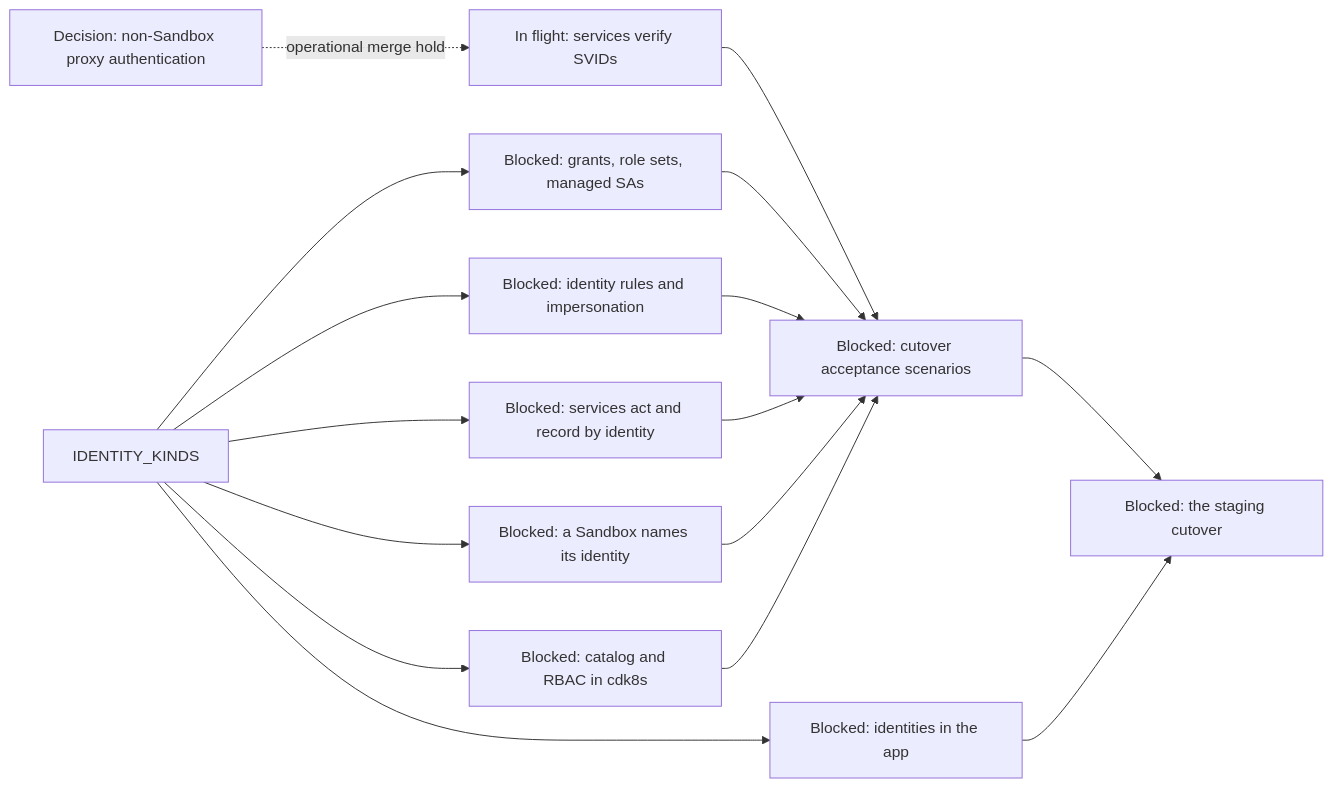
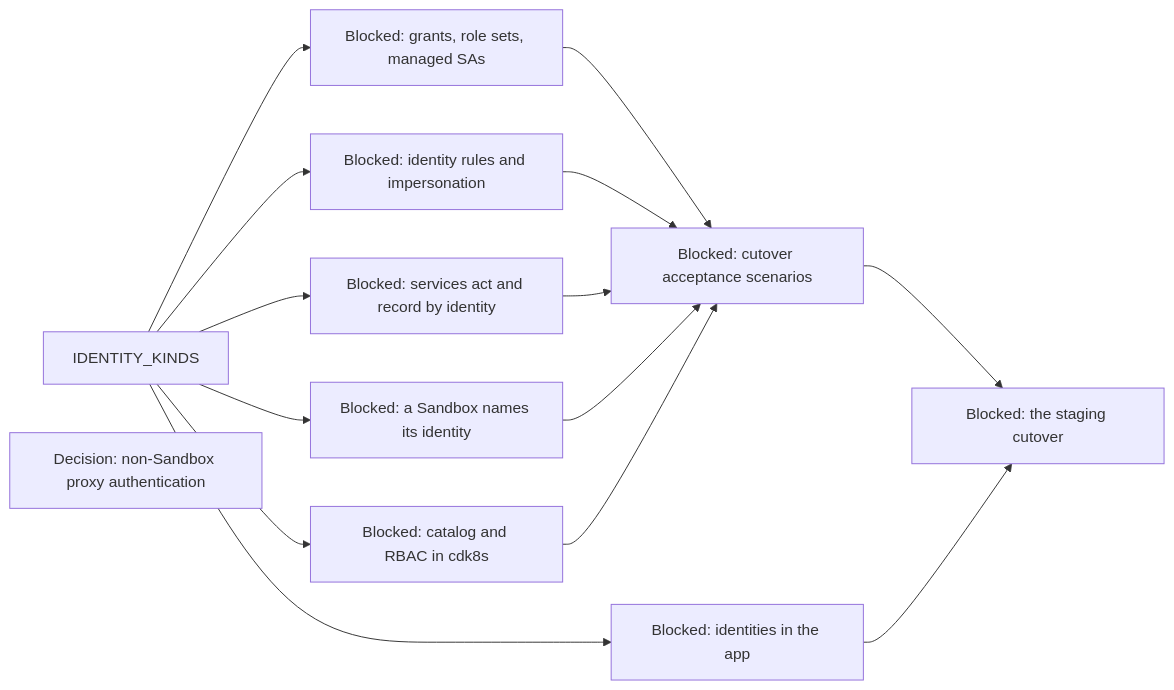
Before and after one commit to agentydragon/ducktape: diagram 16 of 18 in agentplane/plans/task_dag.md, drawn with Mermaid. The commit also changed other lines of this file and 2 other files, not shown here.

Commit message:
Record accepted SVID service boundaries and retain the staging hold

````diff
--- a/agentplane/plans/task_dag.md
+++ b/agentplane/plans/task_dag.md
@@ -2960,19 +2962,17 @@
 ```mermaid
 flowchart LR
     IDENTITY_KINDS --> POLICY_GRANTS[Blocked: grants, role sets, managed SAs]
     IDENTITY_KINDS --> EGRESS_IDENTITY_RULES[Blocked: identity rules and impersonation]
     IDENTITY_KINDS --> SERVICES_IDENTITY_PRINCIPAL[Blocked: services act and record by identity]
     IDENTITY_KINDS --> SANDBOX_IDENTITY_SPEC[Blocked: a Sandbox names its identity]
     IDENTITY_KINDS --> IDENTITY_CATALOG[Blocked: catalog and RBAC in cdk8s]
     IDENTITY_KINDS --> APP_IDENTITIES_UI[Blocked: identities in the app]
-    SVID_PLATFORM_ROUTES[In flight: services verify SVIDs]
-    NON_SANDBOX_PROXY_AUTH[Decision: non-Sandbox proxy authentication] -. operational merge hold .-> SVID_PLATFORM_ROUTES
-    SVID_PLATFORM_ROUTES --> IDENTITY_SYSTEM_TESTS[Blocked: cutover acceptance scenarios]
-    POLICY_GRANTS --> IDENTITY_SYSTEM_TESTS
+    NON_SANDBOX_PROXY_AUTH[Decision: non-Sandbox proxy authentication]
+    POLICY_GRANTS --> IDENTITY_SYSTEM_TESTS[Blocked: cutover acceptance scenarios]
     EGRESS_IDENTITY_RULES --> IDENTITY_SYSTEM_TESTS
     SERVICES_IDENTITY_PRINCIPAL --> IDENTITY_SYSTEM_TESTS
     SANDBOX_IDENTITY_SPEC --> IDENTITY_SYSTEM_TESTS
     IDENTITY_CATALOG --> IDENTITY_SYSTEM_TESTS
     IDENTITY_SYSTEM_TESTS --> IDENTITY_CUTOVER[Blocked: the staging cutover]
     APP_IDENTITIES_UI --> IDENTITY_CUTOVER
 ```
````
